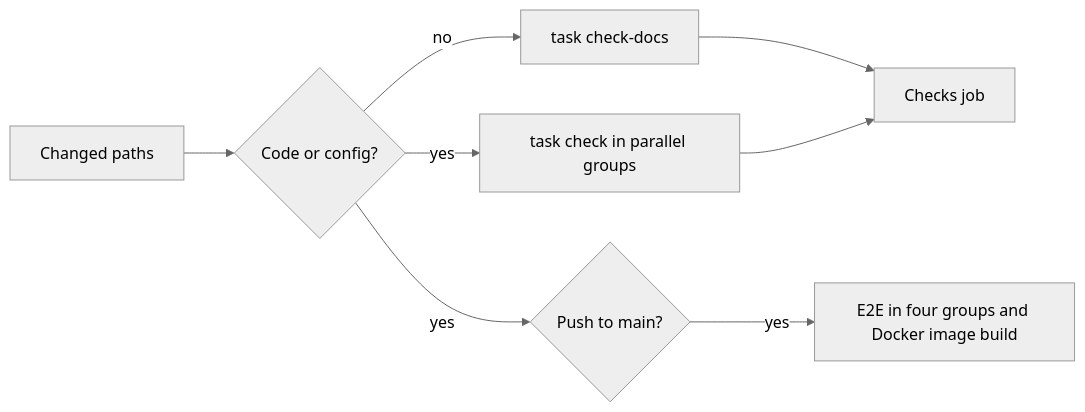
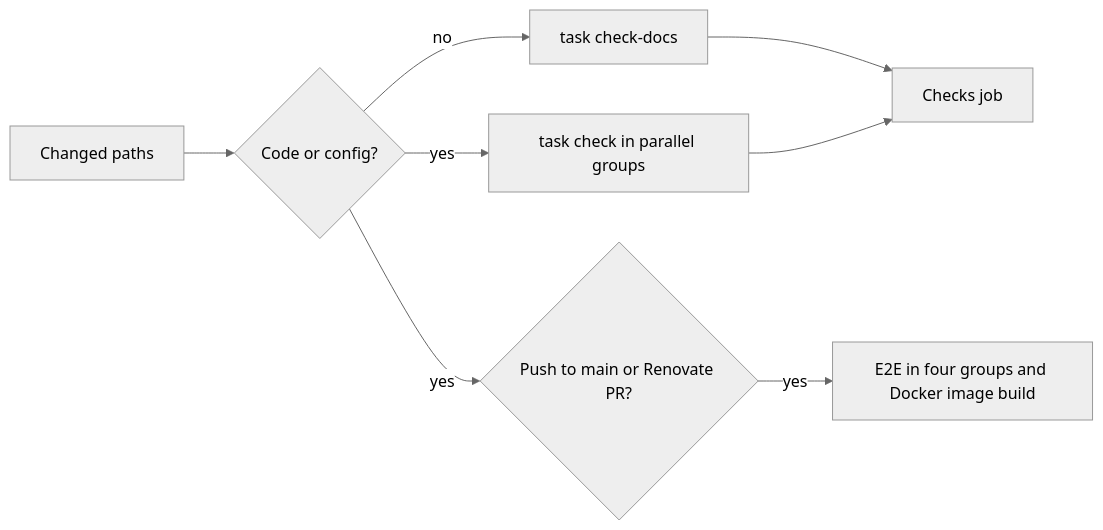
Before and after one commit to syudead/vv: the diagram in docs/how-to/development.md, drawn with Mermaid (neutral theme). The commit also changed other lines of this file and 13 other files, not shown here.

````diff
--- a/docs/how-to/development.md
+++ b/docs/how-to/development.md
@@ -67,10 +67,10 @@
 ```mermaid
 flowchart LR
   change[Changed paths] --> code{Code or config?}
   code -->|no| docs[task check-docs]
   code -->|yes| groups[task check in parallel groups]
   docs --> checks[Checks job]
   groups --> checks
-  code -->|yes| push{Push to main?}
+  code -->|yes| push{Push to main or Renovate PR?}
   push -->|yes| more[E2E in four groups and Docker image build]
 ```
````
